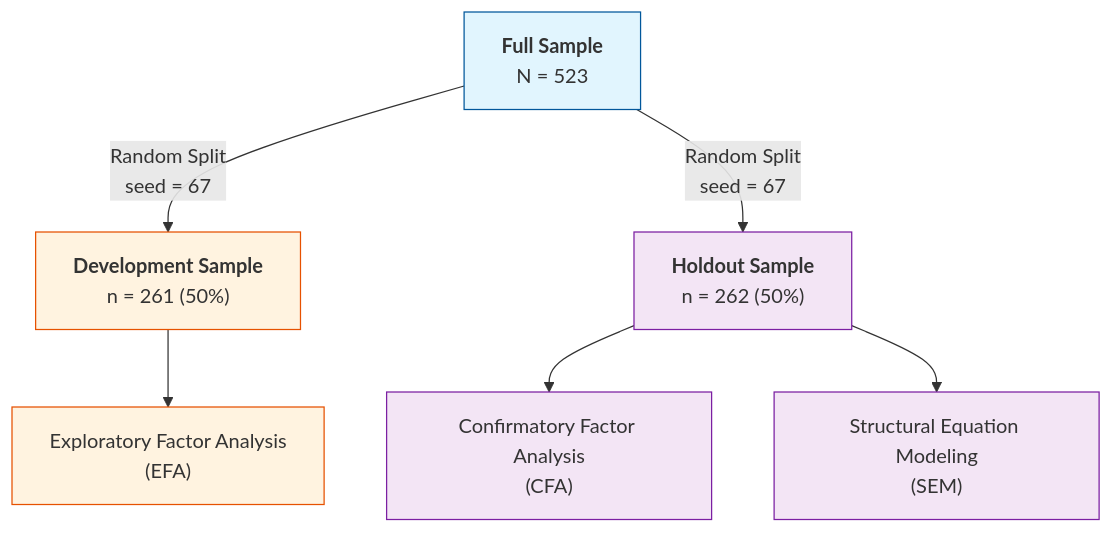
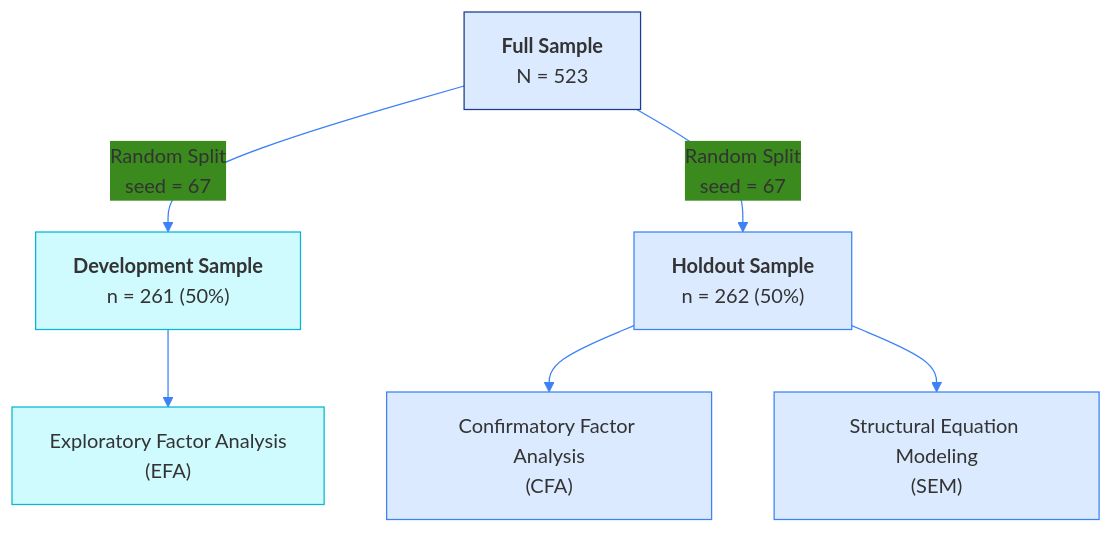
The second of 3 diagrams in thesis-v2/manuscript/chapters/03_methodology.md (fabioc-aloha/AIRS_Data_Analysis), drawn with Mermaid before and after one commit. The commit also changed other lines of this file and 13 other files, not shown here.

Commit message:
thesis-v2: apply project palette (#1e3a8a, #3b82f6, #06b6d4, #f59e0b) to Mermaid diagrams

````diff
--- a/thesis-v2/manuscript/chapters/03_methodology.md
+++ b/thesis-v2/manuscript/chapters/03_methodology.md
@@ -400,15 +401,16 @@
 ```mermaid
+%%{init: {'theme': 'base', 'themeVariables': {'primaryColor': '#1e3a8a', 'lineColor': '#3b82f6'}}}%%
 flowchart TD
     A["<b>Full Sample</b><br/>N = 523"] -->|Random Split<br/>seed = 67| B["<b>Development Sample</b><br/>n = 261 (50%)"]
     A -->|Random Split<br/>seed = 67| C["<b>Holdout Sample</b><br/>n = 262 (50%)"]
     B --> D["Exploratory Factor Analysis<br/>(EFA)"]
     C --> E["Confirmatory Factor Analysis<br/>(CFA)"]
     C --> F["Structural Equation Modeling<br/>(SEM)"]
 
-    style A fill:#e1f5fe,stroke:#01579b
-    style B fill:#fff3e0,stroke:#e65100
-    style C fill:#f3e5f5,stroke:#7b1fa2
-    style D fill:#fff3e0,stroke:#e65100
-    style E fill:#f3e5f5,stroke:#7b1fa2
-    style F fill:#f3e5f5,stroke:#7b1fa2
+    style A fill:#dbeafe,stroke:#1e3a8a
+    style B fill:#cffafe,stroke:#06b6d4
+    style C fill:#dbeafe,stroke:#3b82f6
+    style D fill:#cffafe,stroke:#06b6d4
+    style E fill:#dbeafe,stroke:#3b82f6
+    style F fill:#dbeafe,stroke:#3b82f6
 ```
````
